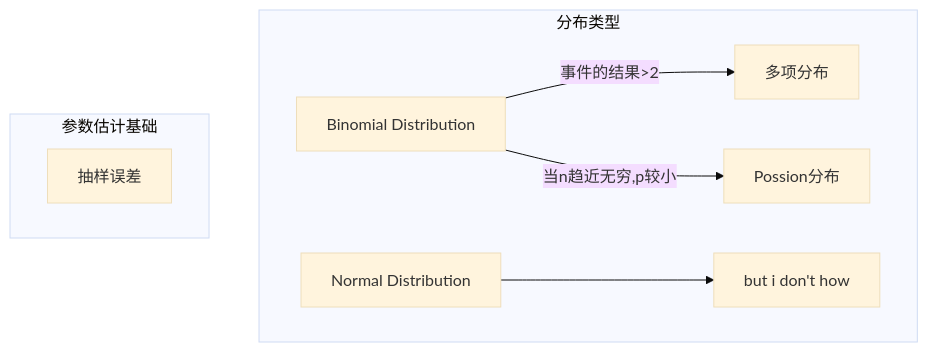
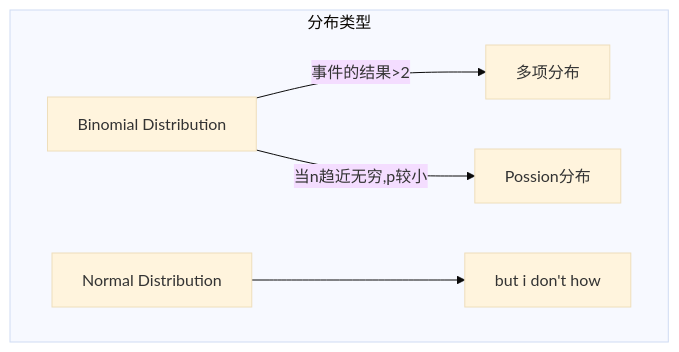
The first of 2 diagrams in source/_posts/Mind map of health statistics.md (introvert24312/somehow), drawn with Mermaid (base theme) before and after one commit. The commit also changed other lines of this file and 1 other file, not shown here.

````diff
--- a/source/_posts/Mind map of health statistics.md
+++ b/source/_posts/Mind map of health statistics.md
@@ -9,19 +9,17 @@
 ```mermaid
 graph TD;
 subgraph 分布类型
 0[Binomial Distribution]-->|事件的结果>2|00[多项分布]
 
 0-->|当n趋近无穷,p较小|1[Possion分布]
 
 2[Normal Distribution];
 
 2-->21[but i don't how]
 end
-subgraph 参数估计基础
-抽样误差
-end
+
 click 0 "https://ysz.asia/2024/03/14/Binomial%20Distribution/"
 click 00 "https://ysz.asia/2024/03/14/Binomial%20Distribution/"
 click 1 "https://ysz.asia/2024/03/16/Poisson%20Distribution/"
 click 2 "https://ysz.asia/2024/03/24/Normal%20Distribution/"
 ```
````
